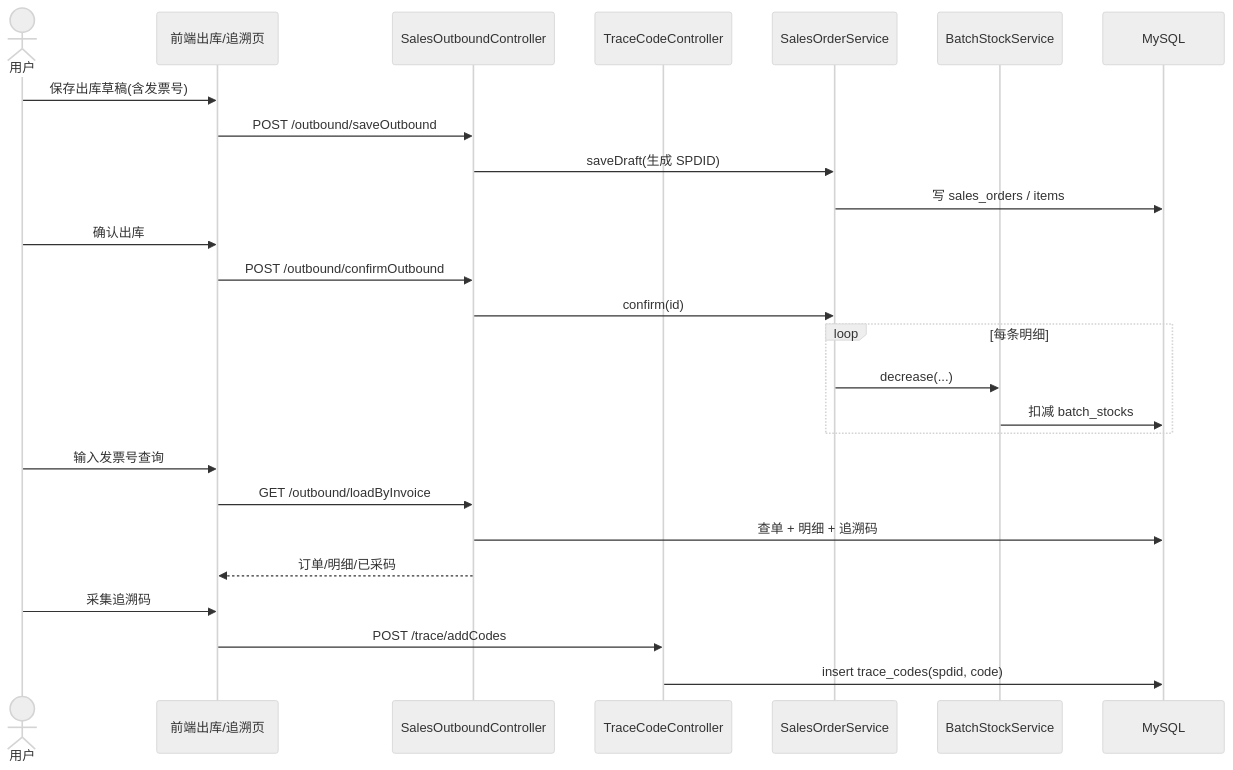
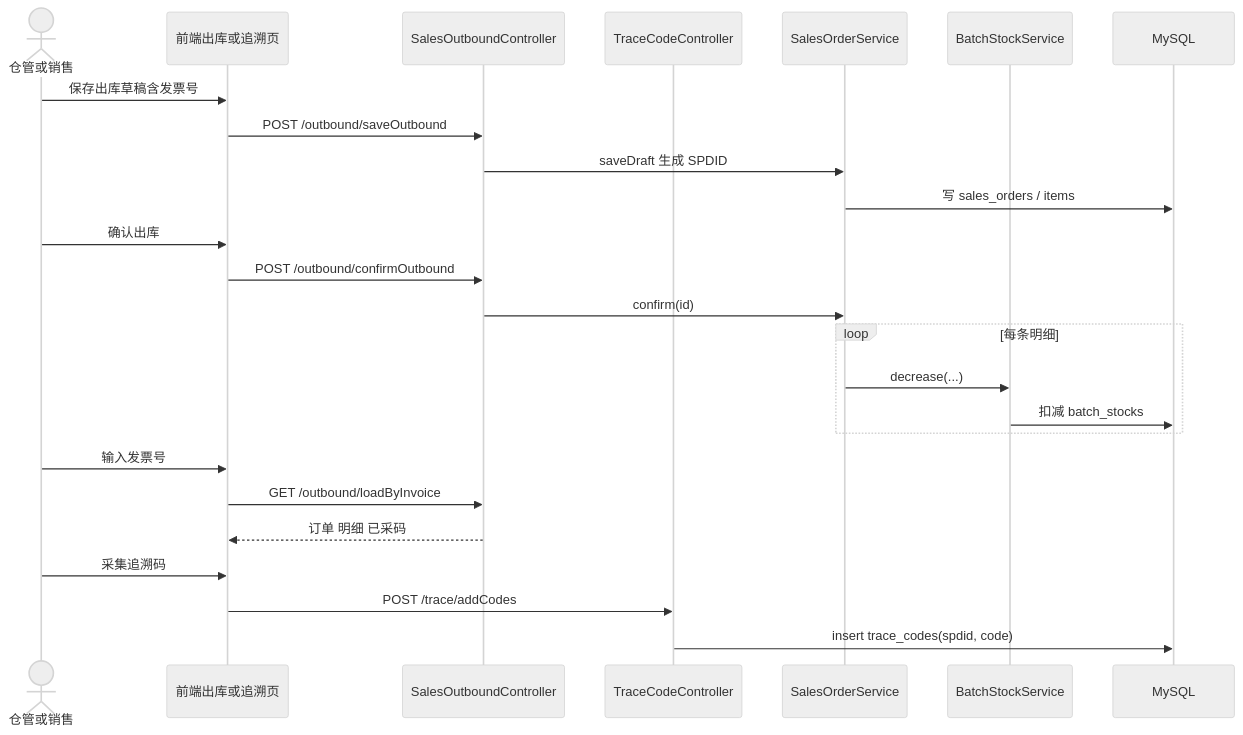
Diagram 13 of 20 in docs/pharma-er-uml.md (Andrewpixa/warehouse), drawn with Mermaid (neutral theme) before and after one commit. The commit also changed other lines of this file and 168 other files, not shown here.

````diff
--- a/docs/pharma-er-uml.md
+++ b/docs/pharma-er-uml.md
@@ -335,32 +780,31 @@
 ```mermaid
 sequenceDiagram
-  actor User as 用户
-  participant UI as 前端出库/追溯页
+  actor User as 仓管或销售
+  participant UI as 前端出库或追溯页
   participant Out as SalesOutboundController
   participant Trace as TraceCodeController
   participant Svc as SalesOrderService
   participant Stock as BatchStockService
   participant DB as MySQL
 
-  User->>UI: 保存出库草稿(含发票号)
+  User->>UI: 保存出库草稿含发票号
   UI->>Out: POST /outbound/saveOutbound
-  Out->>Svc: saveDraft(生成 SPDID)
+  Out->>Svc: saveDraft 生成 SPDID
   Svc->>DB: 写 sales_orders / items
 
   User->>UI: 确认出库
   UI->>Out: POST /outbound/confirmOutbound
   Out->>Svc: confirm(id)
   loop 每条明细
     Svc->>Stock: decrease(...)
     Stock->>DB: 扣减 batch_stocks
   end
 
-  User->>UI: 输入发票号查询
+  User->>UI: 输入发票号
   UI->>Out: GET /outbound/loadByInvoice
-  Out->>DB: 查单 + 明细 + 追溯码
-  Out-->>UI: 订单/明细/已采码
+  Out-->>UI: 订单 明细 已采码
 
   User->>UI: 采集追溯码
   UI->>Trace: POST /trace/addCodes
   Trace->>DB: insert trace_codes(spdid, code)
 ```
````
